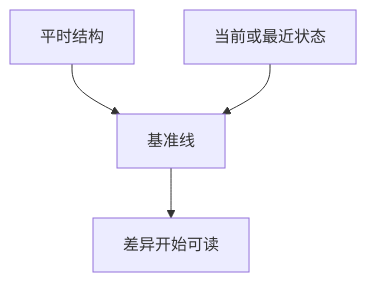
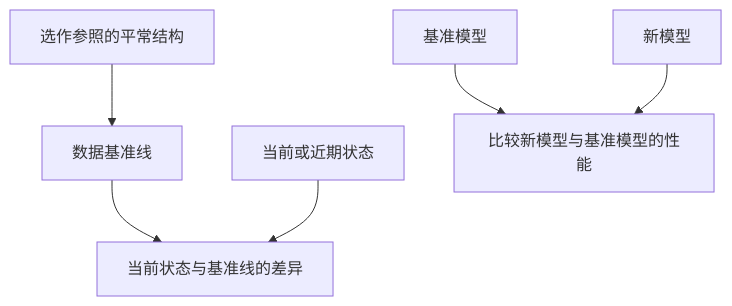
The diagram in docs/assets/part-03/chapter-07/p3-7-3-mermaid-01-zh.mmd (devchan64/AiBook), drawn with Mermaid before and after one commit. The commit also changed 216 other files, not shown here.

Commit message:
Review Part 3 explanations and improve diagram readability

````diff
--- a/docs/assets/part-03/chapter-07/p3-7-3-mermaid-01-zh.mmd
+++ b/docs/assets/part-03/chapter-07/p3-7-3-mermaid-01-zh.mmd
@@ -1,11 +1,8 @@
 ```mermaid
 flowchart TD
-    U[平时结构]
-    C[当前或最近状态]
-    B[基准线]
-    D[差异开始可读]
-
-    U --> B
-    C --> B
-    B --> D
+    U[选作参照的平常结构] --> B[数据基准线]
+    B --> D[当前状态与基准线的差异]
+    C[当前或近期状态] --> D
+    M[基准模型] --> E[比较新模型与基准模型的性能]
+    N[新模型] --> E
 ```
````
